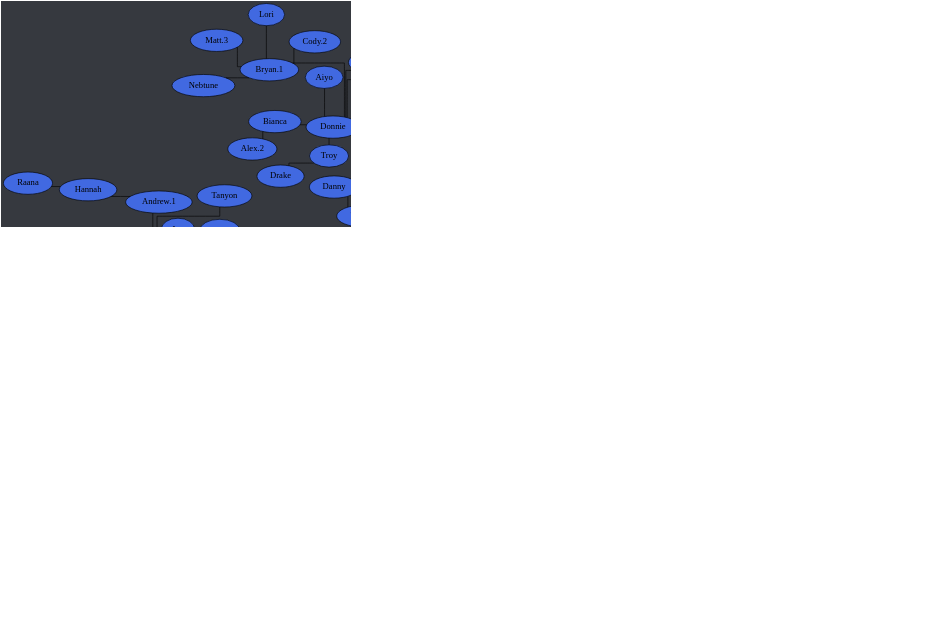
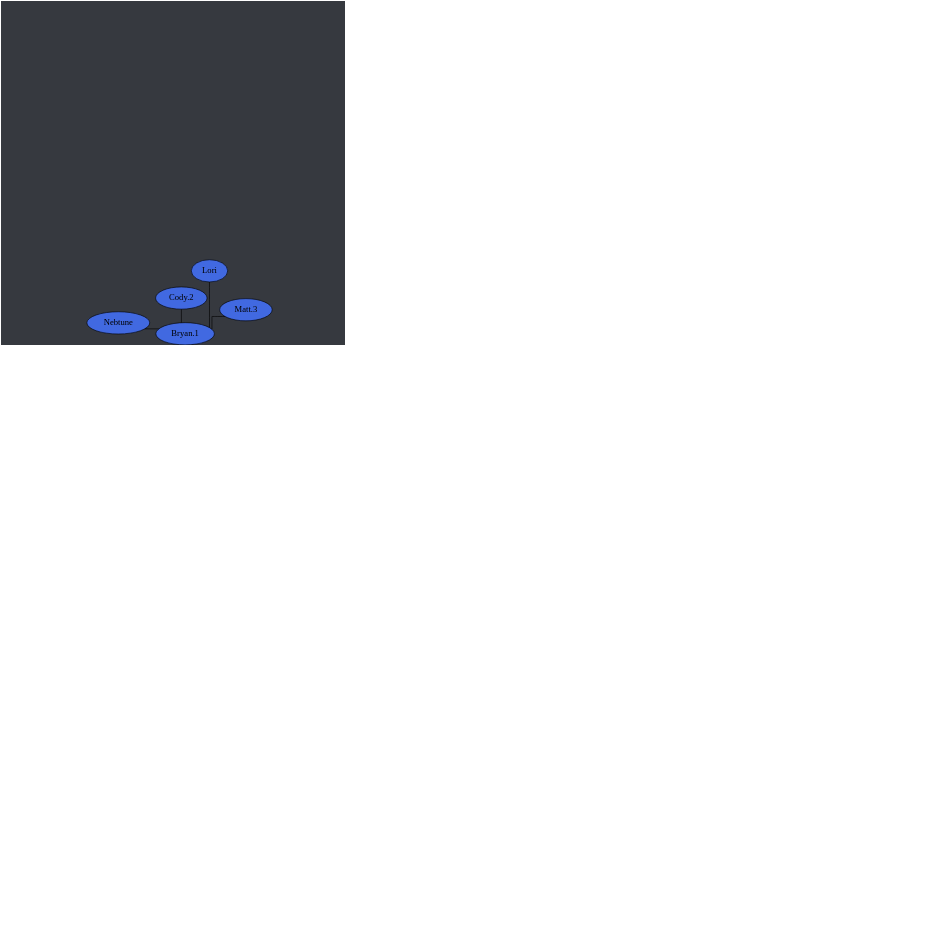
The diagram in tree.dot (Documidas/CoronaCatzFamilyTree), drawn with Graphviz before and after one commit. The commit also changed 1 other file, not shown here.

Commit message:
Add Nolan

```diff
--- a/tree.dot
+++ b/tree.dot
@@ -207,6 +207,7 @@
 		"Alex/Blitt" -- Laske;
 		"Alex/Blitt" -- Mikael;
 		"Alex/Blitt" -- Nathan;
+		"Alex/Blitt" -- Nolan;
 		"Alex/Blitt" -- "Ryan.1";
 		"Alex/Blitt" -- "Sam.2";
 		Gabriel -- "Ryan.2";
```
